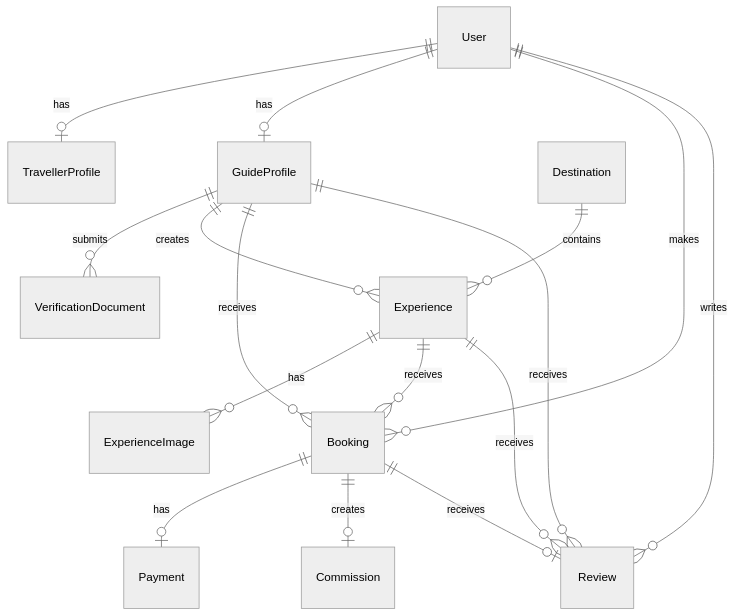
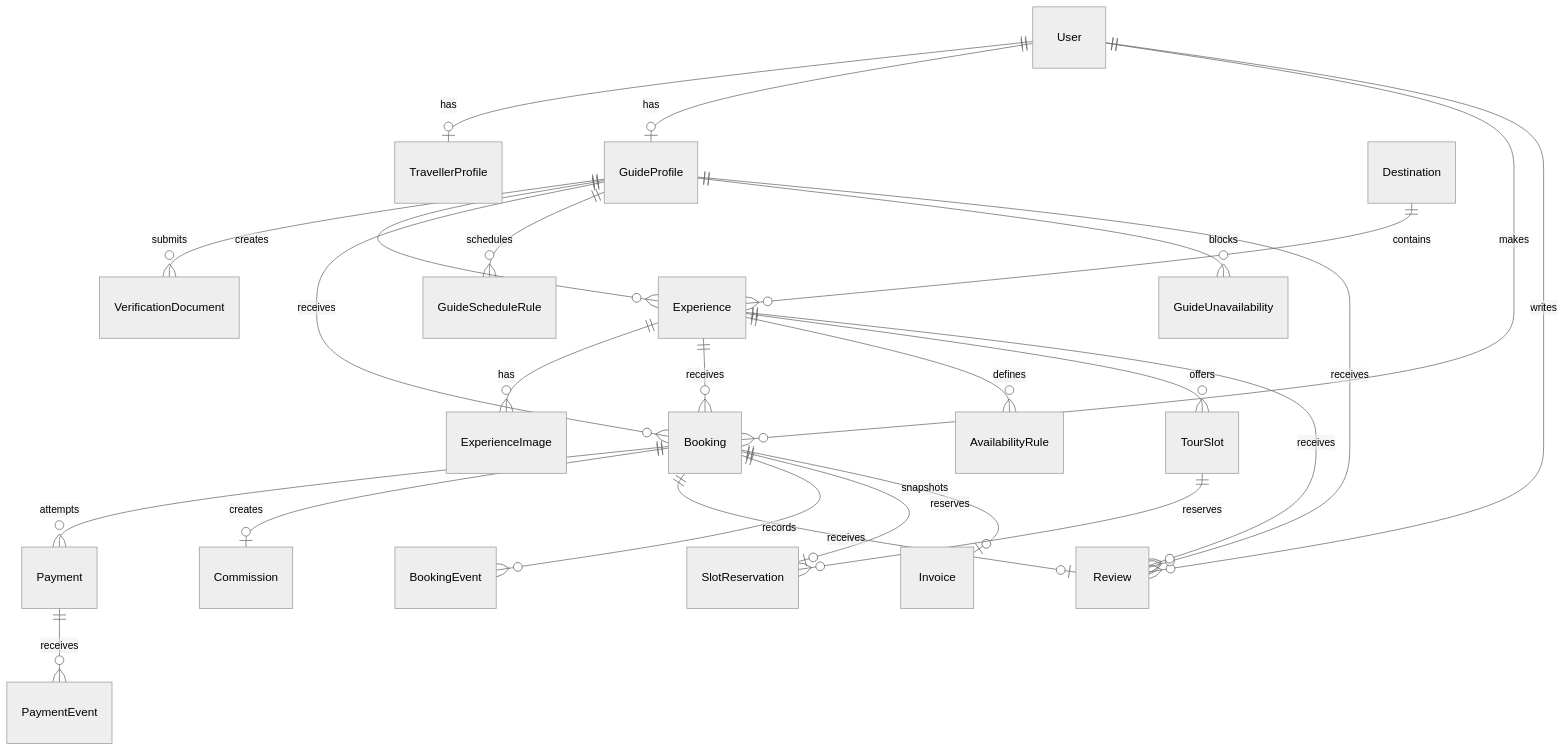
Before and after one commit to nmas3729/my-south-african-guide: the diagram in docs/database.md, drawn with Mermaid (neutral theme). The commit also changed other lines of this file and 46 other files, not shown here.

Commit message:
Complete booking availability and reservation foundation

````diff
--- a/docs/database.md
+++ b/docs/database.md
@@ -20,18 +20,27 @@
 ```mermaid
 erDiagram
   User ||--o| TravellerProfile : has
   User ||--o| GuideProfile : has
   GuideProfile ||--o{ VerificationDocument : submits
   GuideProfile ||--o{ Experience : creates
   Destination ||--o{ Experience : contains
   Experience ||--o{ ExperienceImage : has
   User ||--o{ Booking : makes
   GuideProfile ||--o{ Booking : receives
   Experience ||--o{ Booking : receives
-  Booking ||--o| Payment : has
+  Booking ||--o{ Payment : attempts
   Booking ||--o| Commission : creates
   Booking ||--o| Review : receives
+  Booking ||--o{ BookingEvent : records
+  Booking ||--o| SlotReservation : reserves
+  Booking ||--o| Invoice : snapshots
+  Experience ||--o{ AvailabilityRule : defines
+  Experience ||--o{ TourSlot : offers
+  TourSlot ||--o{ SlotReservation : reserves
+  GuideProfile ||--o{ GuideScheduleRule : schedules
+  GuideProfile ||--o{ GuideUnavailability : blocks
+  Payment ||--o{ PaymentEvent : receives
   User ||--o{ Review : writes
   GuideProfile ||--o{ Review : receives
   Experience ||--o{ Review : receives
 ```
````
